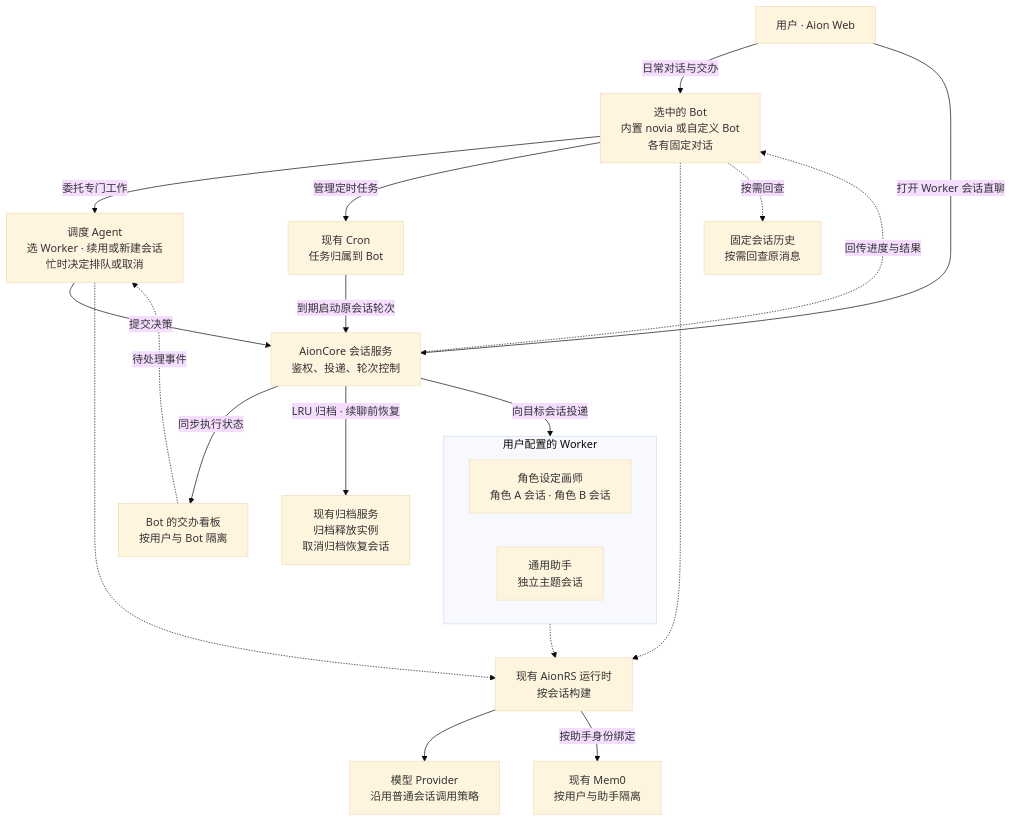
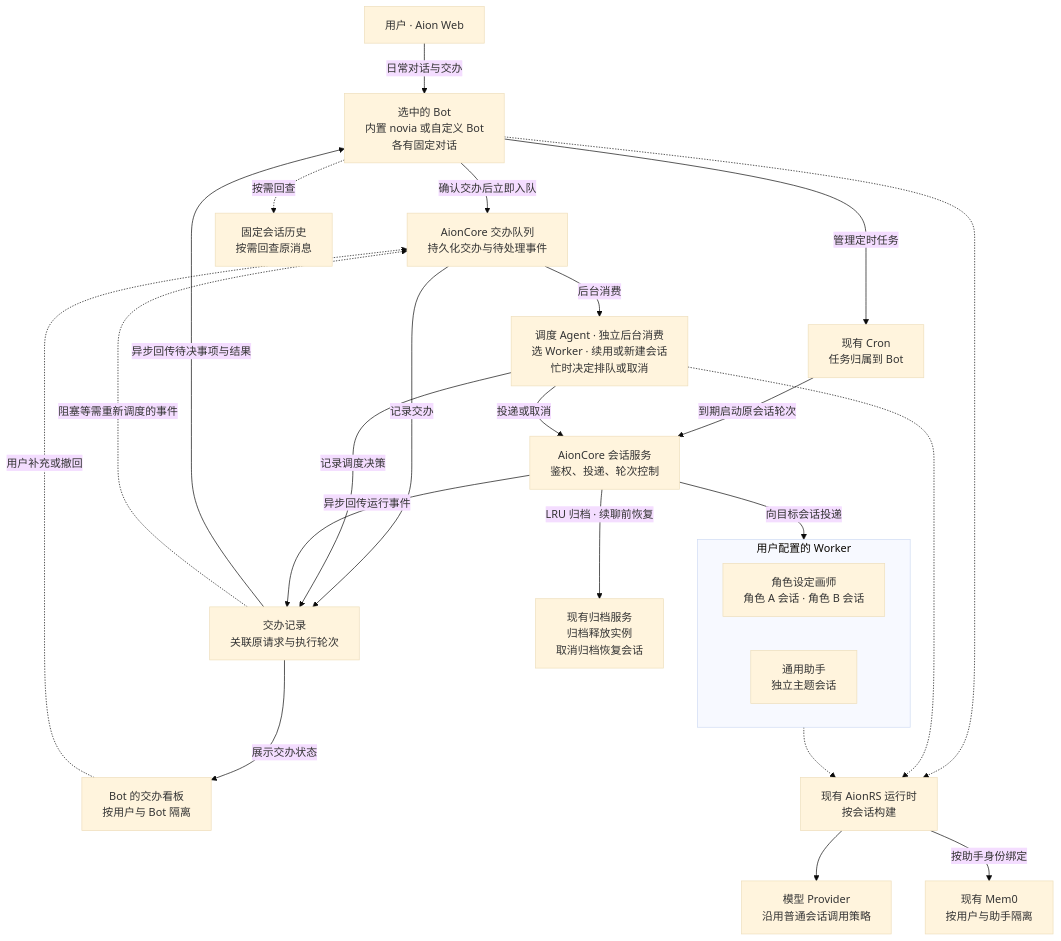
The diagram in docs/assistant-worker-dispatch-prd.md (hoholidayx/Aion), drawn with Mermaid (base theme) before and after one commit. The commit also changed other lines of this file, not shown here.

Commit message:
docs: make Bot handoffs asynchronous

````diff
--- a/docs/assistant-worker-dispatch-prd.md
+++ b/docs/assistant-worker-dispatch-prd.md
@@ -23,38 +25,44 @@
 ```mermaid
 flowchart TB
     User["用户 · Aion Web"]
     Bot["选中的 Bot<br/>内置 novia 或自定义 Bot<br/>各有固定对话"]
-    Dispatch["调度 Agent<br/>选 Worker · 续用或新建会话<br/>忙时决定排队或取消"]
+    Queue["AionCore 交办队列<br/>持久化交办与待处理事件"]
+    Dispatch["调度 Agent · 独立后台消费<br/>选 Worker · 续用或新建会话<br/>忙时决定排队或取消"]
+    Tasks["交办记录<br/>关联原请求与执行轮次"]
     Sessions["AionCore 会话服务<br/>鉴权、投递、轮次控制"]
     Cron["现有 Cron<br/>任务归属到 Bot"]
     Board["Bot 的交办看板<br/>按用户与 Bot 隔离"]
     Archive["现有归档服务<br/>归档释放实例<br/>取消归档恢复会话"]
     Runtime["现有 AionRS 运行时<br/>按会话构建"]
     Provider["模型 Provider<br/>沿用普通会话调用策略"]
     Memory["现有 Mem0<br/>按用户与助手隔离"]
     History["固定会话历史<br/>按需回查原消息"]
 
     subgraph Workers["用户配置的 Worker"]
         direction LR
         Artist["角色设定画师<br/>角色 A 会话 · 角色 B 会话"]
         General["通用助手<br/>独立主题会话"]
     end
 
     User -->|日常对话与交办| Bot
-    User -->|打开 Worker 会话直聊| Sessions
-    Bot -->|委托专门工作| Dispatch
+    Bot -->|确认交办后立即入队| Queue
+    Queue -->|后台消费| Dispatch
+    Queue -->|记录交办| Tasks
     Bot -->|管理定时任务| Cron
     Cron -->|到期启动原会话轮次| Sessions
-    Dispatch -->|提交决策| Sessions
-    Sessions -.->|回传进度与结果| Bot
-    Sessions -->|同步执行状态| Board
-    Board -.->|待处理事件| Dispatch
+    Dispatch -->|记录调度决策| Tasks
+    Dispatch -->|投递或取消| Sessions
     Sessions -->|向目标会话投递| Workers
+    Sessions -->|异步回传运行事件| Tasks
+    Tasks -->|异步回传待决事项与结果| Bot
+    Tasks -->|展示交办状态| Board
+    Tasks -.->|阻塞等需重新调度的事件| Queue
+    Board -.->|用户补充或撤回| Queue
     Sessions -->|LRU 归档 · 续聊前恢复| Archive
     Bot -.-> Runtime
     Dispatch -.-> Runtime
     Workers -.-> Runtime
     Runtime --> Provider
     Runtime -->|按助手身份绑定| Memory
     Bot -.->|按需回查| History
 ```
````
